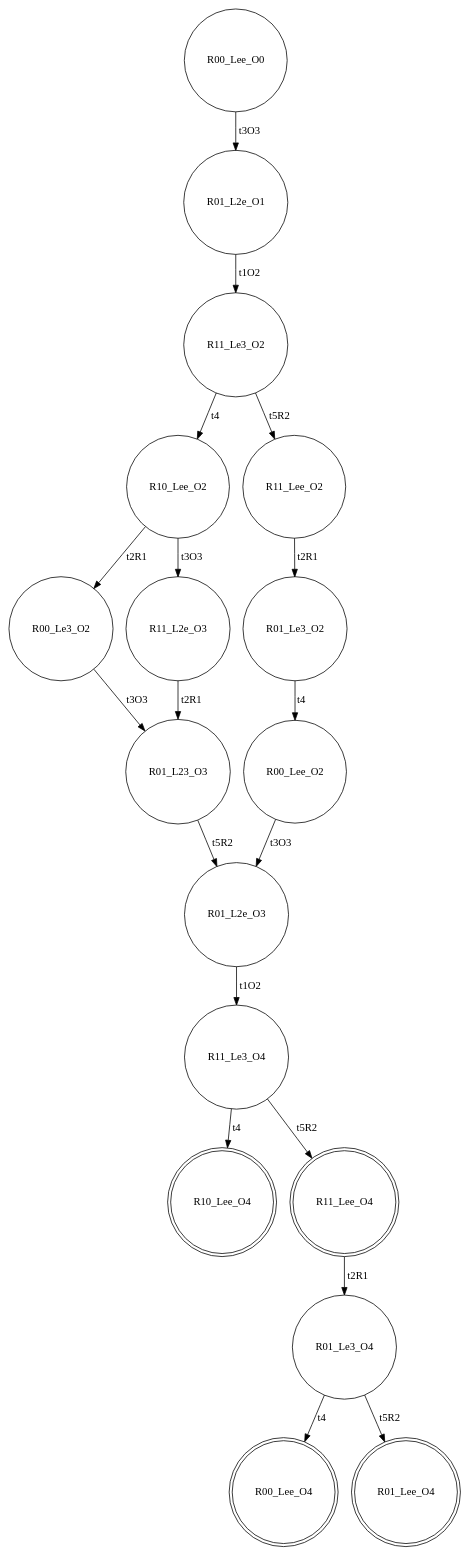
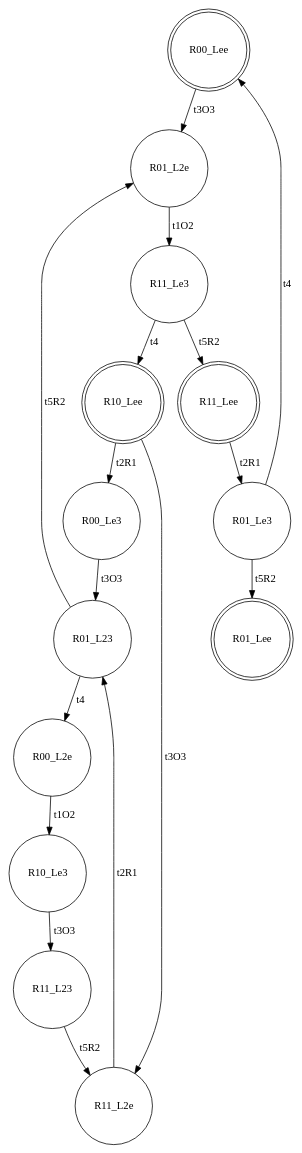
Before and after one commit to Stefano-BS/Explanatory-Diagnosis: the diagram in SCe.dot, drawn with Graphviz. The commit also changed 26 other files, not shown here.

```diff
--- a/SCe.dot
+++ b/SCe.dot
@@ -1,37 +1,31 @@
 digraph SCe {
-node [shape=circle]; R00_Lee_O0 ;
-node [shape=circle]; R01_L2e_O1 ;
-node [shape=circle]; R11_Le3_O2 ;
-node [shape=circle]; R10_Lee_O2 ;
-node [shape=circle]; R00_Le3_O2 ;
-node [shape=circle]; R01_L23_O3 ;
-node [shape=circle]; R01_L2e_O3 ;
-node [shape=circle]; R11_Le3_O4 ;
-node [shape=doublecircle]; R10_Lee_O4 ;
-node [shape=doublecircle]; R11_Lee_O4 ;
-node [shape=circle]; R01_Le3_O4 ;
-node [shape=doublecircle]; R00_Lee_O4 ;
-node [shape=doublecircle]; R01_Lee_O4 ;
-node [shape=circle]; R11_L2e_O3 ;
-node [shape=circle]; R11_Lee_O2 ;
-node [shape=circle]; R01_Le3_O2 ;
-node [shape=circle]; R00_Lee_O2 ;
-R00_Lee_O0 -> R01_L2e_O1 [label=t3O3]
-R01_L2e_O1 -> R11_Le3_O2 [label=t1O2]
-R11_Le3_O2 -> R11_Lee_O2 [label=t5R2]
-R11_Le3_O2 -> R10_Lee_O2 [label=t4]
-R10_Lee_O2 -> R11_L2e_O3 [label=t3O3]
-R10_Lee_O2 -> R00_Le3_O2 [label=t2R1]
-R00_Le3_O2 -> R01_L23_O3 [label=t3O3]
-R01_L23_O3 -> R01_L2e_O3 [label=t5R2]
-R01_L2e_O3 -> R11_Le3_O4 [label=t1O2]
-R11_Le3_O4 -> R11_Lee_O4 [label=t5R2]
-R11_Le3_O4 -> R10_Lee_O4 [label=t4]
-R11_Lee_O4 -> R01_Le3_O4 [label=t2R1]
-R01_Le3_O4 -> R01_Lee_O4 [label=t5R2]
-R01_Le3_O4 -> R00_Lee_O4 [label=t4]
-R11_L2e_O3 -> R01_L23_O3 [label=t2R1]
-R11_Lee_O2 -> R01_Le3_O2 [label=t2R1]
-R01_Le3_O2 -> R00_Lee_O2 [label=t4]
-R00_Lee_O2 -> R01_L2e_O3 [label=t3O3]
+node [shape=doublecircle]; R00_Lee ;
+node [shape=circle]; R01_L2e ;
+node [shape=circle]; R11_Le3 ;
+node [shape=doublecircle]; R10_Lee ;
+node [shape=circle]; R00_Le3 ;
+node [shape=circle]; R01_L23 ;
+node [shape=circle]; R00_L2e ;
+node [shape=circle]; R10_Le3 ;
+node [shape=circle]; R11_L23 ;
+node [shape=circle]; R11_L2e ;
+node [shape=doublecircle]; R11_Lee ;
+node [shape=circle]; R01_Le3 ;
+node [shape=doublecircle]; R01_Lee ;
+R00_Lee -> R01_L2e [label=t3O3]
+R01_L2e -> R11_Le3 [label=t1O2]
+R11_Le3 -> R11_Lee [label=t5R2]
+R11_Le3 -> R10_Lee [label=t4]
+R10_Lee -> R11_L2e [label=t3O3]
+R10_Lee -> R00_Le3 [label=t2R1]
+R00_Le3 -> R01_L23 [label=t3O3]
+R01_L23 -> R01_L2e [label=t5R2]
+R01_L23 -> R00_L2e [label=t4]
+R00_L2e -> R10_Le3 [label=t1O2]
+R10_Le3 -> R11_L23 [label=t3O3]
+R11_L23 -> R11_L2e [label=t5R2]
+R11_L2e -> R01_L23 [label=t2R1]
+R11_Lee -> R01_Le3 [label=t2R1]
+R01_Le3 -> R01_Lee [label=t5R2]
+R01_Le3 -> R00_Lee [label=t4]
 }
```
